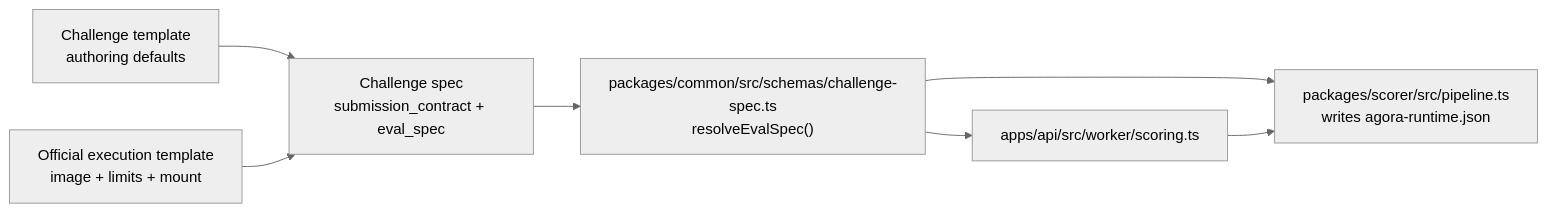
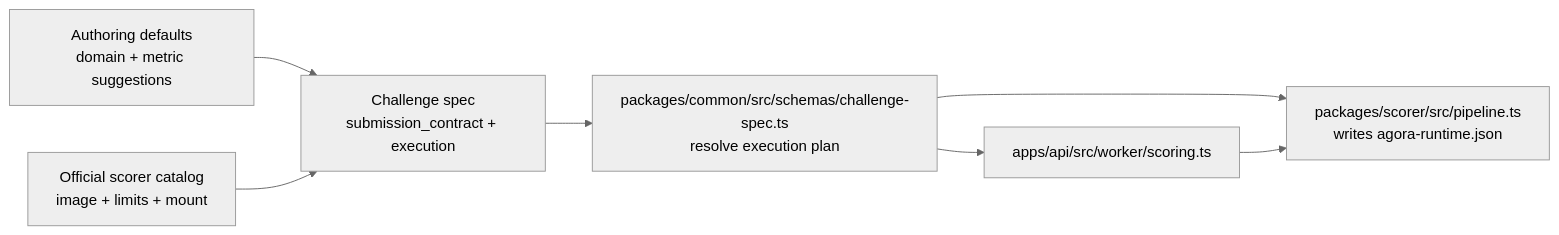
The diagram in docs/contributing/scoring-engines.md (andymolecule/Hermes), drawn with Mermaid (neutral theme) before and after one commit. The commit also changed other lines of this file and 89 other files, not shown here.

First line of the commit message:
refactor: unify official scorer execution model

````diff
--- a/docs/contributing/scoring-engines.md
+++ b/docs/contributing/scoring-engines.md
@@ -20,9 +22,9 @@
 ```mermaid
 flowchart LR
-    Template["Challenge template<br/>authoring defaults"] --> Spec["Challenge spec<br/>submission_contract + eval_spec"]
-    Runtime["Official execution template<br/>image + limits + mount"] --> Spec
-    Spec --> Common["packages/common/src/schemas/challenge-spec.ts<br/>resolveEvalSpec()"]
+    Template["Authoring defaults<br/>domain + metric suggestions"] --> Spec["Challenge spec<br/>submission_contract + execution"]
+    Runtime["Official scorer catalog<br/>image + limits + mount"] --> Spec
+    Spec --> Common["packages/common/src/schemas/challenge-spec.ts<br/>resolve execution plan"]
     Common --> Worker["apps/api/src/worker/scoring.ts"]
     Common --> Scorer["packages/scorer/src/pipeline.ts<br/>writes agora-runtime.json"]
     Worker --> Scorer
 ```
````
